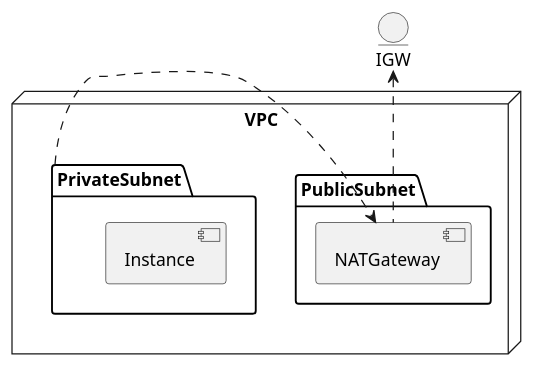
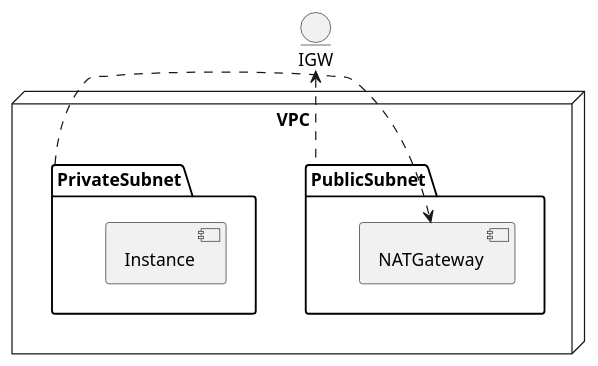
One commit to ruanhao/basset changed the diagram in devops/aws.org. Above: the diagram before and after it, drawn with PlantUML. The commit also changed 2 other files, not shown here.

Commit message:
update aws

```diff
--- a/devops/aws.org
+++ b/devops/aws.org
@@ -207,19 +207,19 @@
 #+BEGIN_SRC plantuml :file img/aws_nat.png :eval never-export
 
 entity IGW
 
 
 node "VPC" {
   package "PublicSubnet" {
     [NATGateway]
   }
 
   package "PrivateSubnet" {
     [Instance]
   }
 }
 
 NATGateway <.left. PrivateSubnet
-NATGateway .up.> IGW
+PublicSubnet .up.> IGW
 
 #+END_SRC
```
